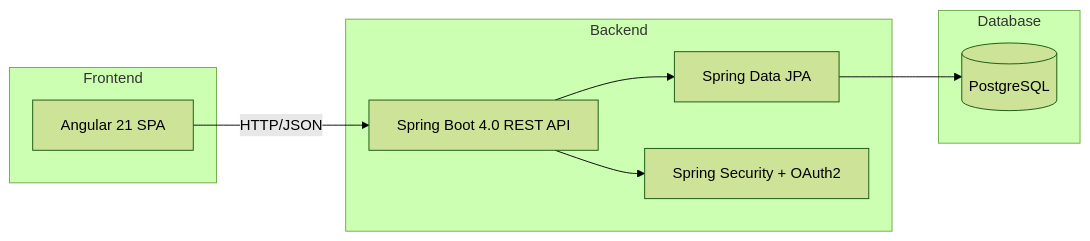
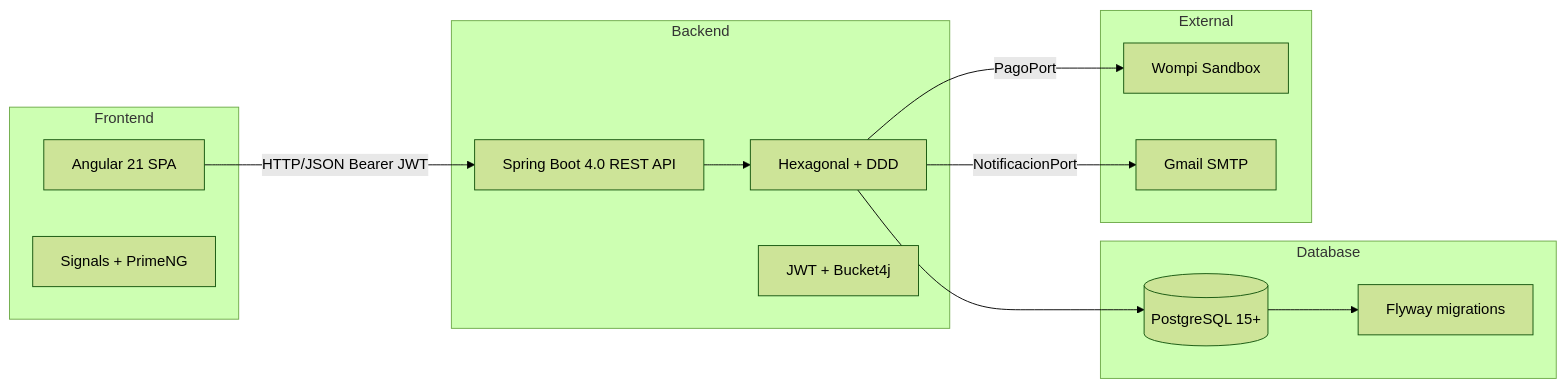
The diagram in README.md (K-Forge/TiendaQ), drawn with Mermaid (forest theme) before and after one commit. The commit also changed other lines of this file and 1 other file, not shown here.

Commit message:
docs: update AGENTS.md and README.md for hexagonal architecture and new docs structure

````diff
--- a/README.md
+++ b/README.md
@@ -71,21 +71,30 @@
 ```mermaid
 graph LR
     subgraph Frontend
         A[Angular 21 SPA]
+        B[Signals + PrimeNG]
     end
 
     subgraph Backend
-        B[Spring Boot 4.0 REST API]
-        C[Spring Data JPA]
-        D[Spring Security + OAuth2]
+        C[Spring Boot 4.0 REST API]
+        D[Hexagonal + DDD]
+        E[JWT + Bucket4j]
     end
 
     subgraph Database
-        E[(PostgreSQL)]
+        F[(PostgreSQL 15+)]
+        G[Flyway migrations]
     end
 
-    A -- HTTP/JSON --> B
-    B --> C
-    B --> D
-    C --> E
+    subgraph External
+        H[Wompi Sandbox]
+        I[Gmail SMTP]
+    end
+
+    A -- HTTP/JSON Bearer JWT --> C
+    C --> D
+    D --> F
+    F --> G
+    D -- PagoPort --> H
+    D -- NotificacionPort --> I
 ```
````
